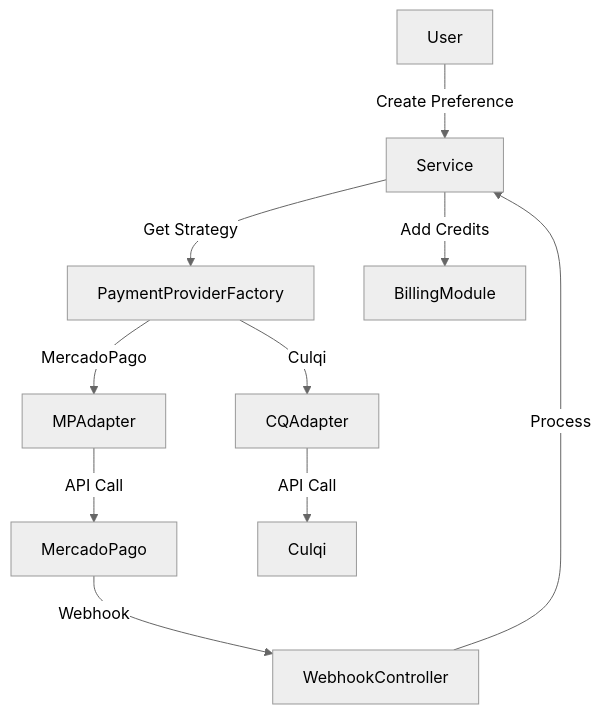
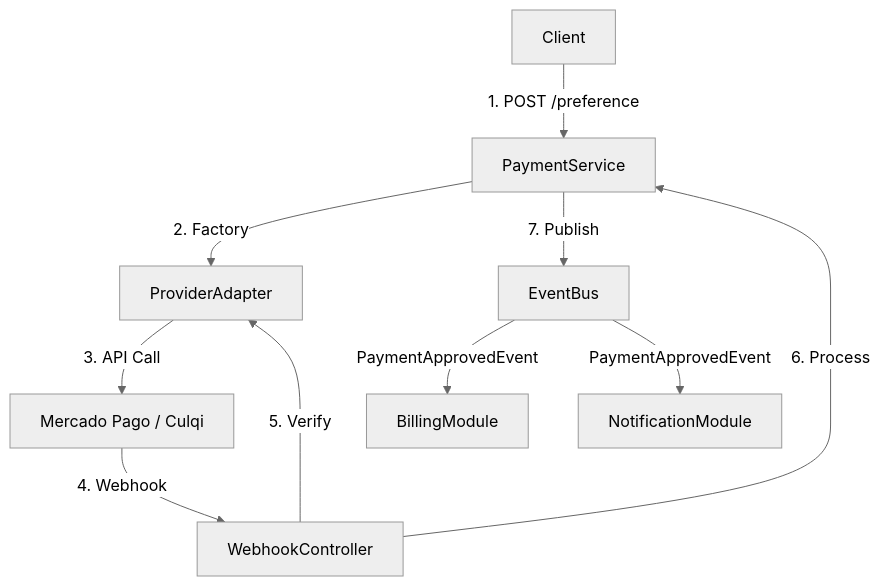
Before and after one commit to Carlos7847/API_AURAPIC: the diagram in src/modules/payments/README.md, drawn with Mermaid (neutral theme). The commit also changed other lines of this file and 3 other files, not shown here.

````diff
--- a/src/modules/payments/README.md
+++ b/src/modules/payments/README.md
@@ -15,14 +24,14 @@
 ```mermaid
 graph TD
-    User -->|Create Preference| Service
-    Service -->|Get Strategy| Factory[PaymentProviderFactory]
-    Factory -->|MercadoPago| MPAdapter
-    Factory -->|Culqi| CQAdapter
+    Client -->|1. POST /preference| Service[PaymentService]
+    Service -->|2. Factory| Adapter[ProviderAdapter]
+    Adapter -->|3. API Call| Gateway[Mercado Pago / Culqi]
 
-    MPAdapter -->|API Call| MercadoPago
-    CQAdapter -->|API Call| Culqi
+    Gateway -->|4. Webhook| Webhook[WebhookController]
+    Webhook -->|5. Verify| Adapter
+    Webhook -->|6. Process| Service
+    Service -->|7. Publish| EventBus
 
-    MercadoPago -->|Webhook| WebhookController
-    WebhookController -->|Process| Service
-    Service -->|Add Credits| BillingModule
+    EventBus -->|PaymentApprovedEvent| Billing[BillingModule]
+    EventBus -->|PaymentApprovedEvent| Email[NotificationModule]
 ```
````
